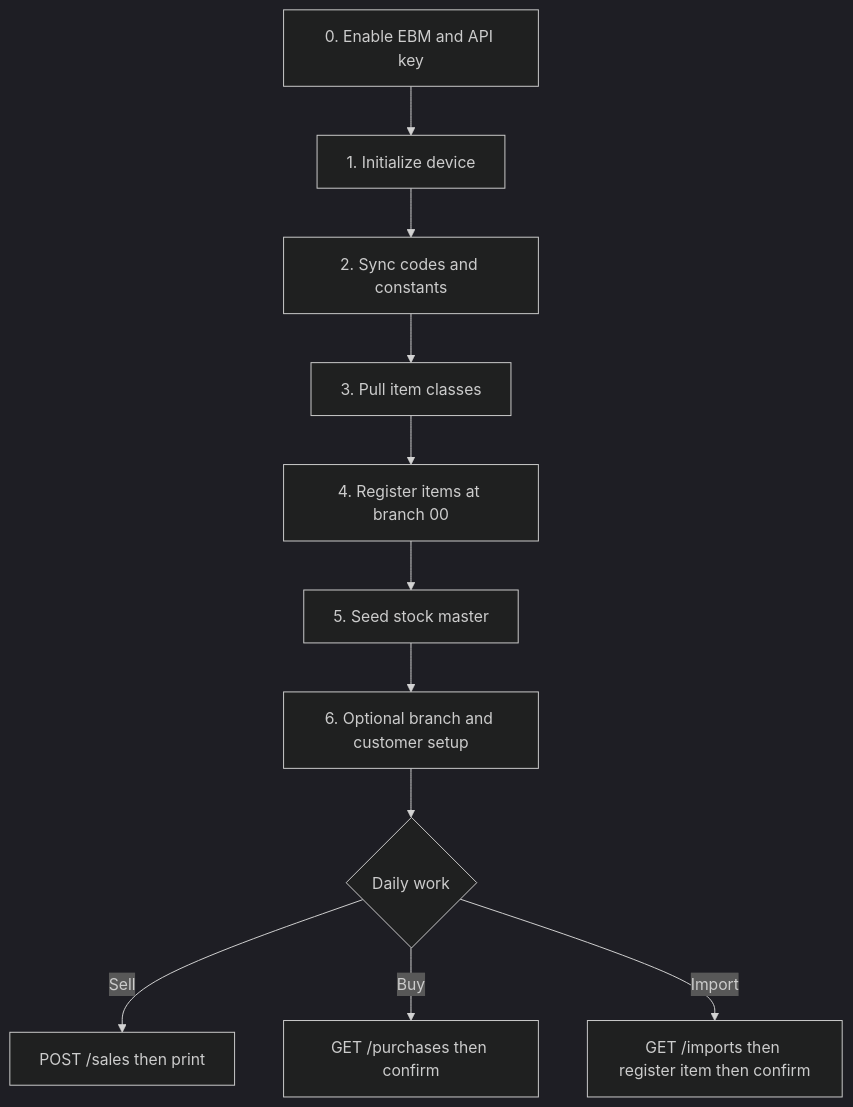
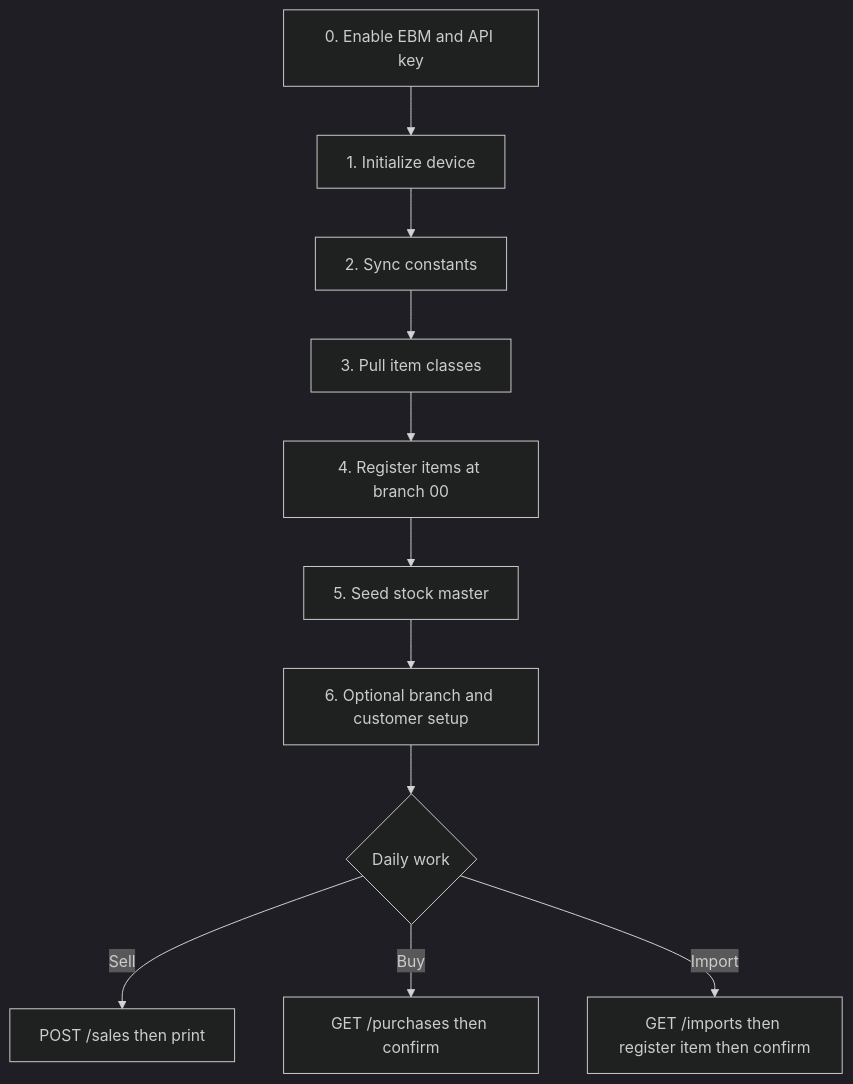
The diagram in workflows/getting-started.mdx (kaykorw/ebm_thirdparty_docs), drawn with Mermaid (dark theme) before and after one commit. The commit also changed other lines of this file and 17 other files, not shown here.

````diff
--- a/workflows/getting-started.mdx
+++ b/workflows/getting-started.mdx
@@ -25,13 +25,13 @@
 ```mermaid
 flowchart TD
     A["0. Enable EBM and API key"] --> B["1. Initialize device"]
-    B --> C["2. Sync codes and constants"]
+    B --> C["2. Sync constants"]
     C --> D["3. Pull item classes"]
     D --> E["4. Register items at branch 00"]
     E --> F["5. Seed stock master"]
     F --> G["6. Optional branch and customer setup"]
     G --> H{"Daily work"}
     H -->|Sell| I["POST /sales then print"]
     H -->|Buy| J["GET /purchases then confirm"]
     H -->|Import| K["GET /imports then register item then confirm"]
 ```
````
